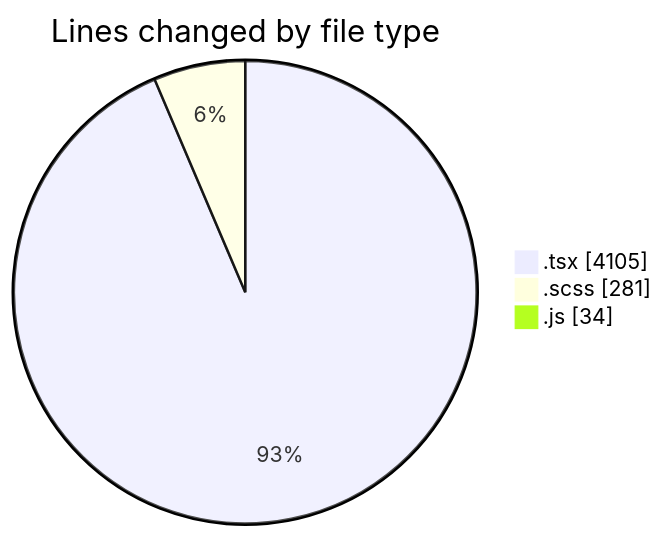
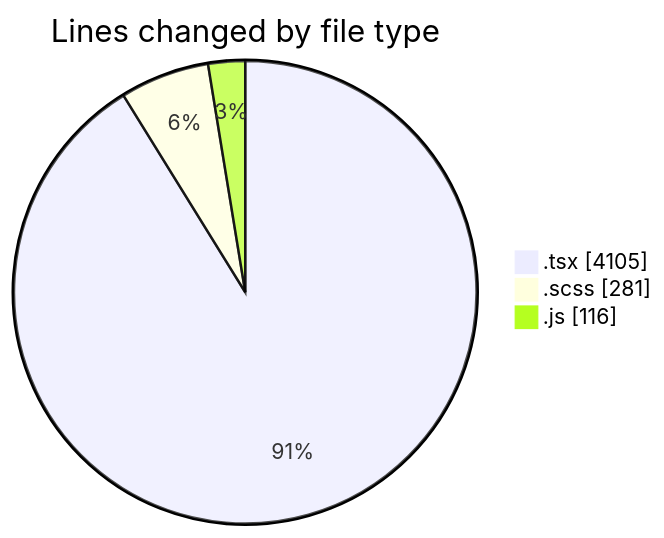
Before and after one commit to momahboobian/code-tracking: the first of 2 diagrams in 2025-11-11/cda/README.md, drawn with Mermaid. The commit also changed other lines of this file and 1 other file, not shown here.

````diff
--- a/2025-11-11/cda/README.md
+++ b/2025-11-11/cda/README.md
@@ -27,7 +28,7 @@
 ```mermaid
 pie showData
 title Lines changed by file type
 ".tsx" : 4105
 ".scss" : 281
-".js" : 34
+".js" : 116
 ```
````
